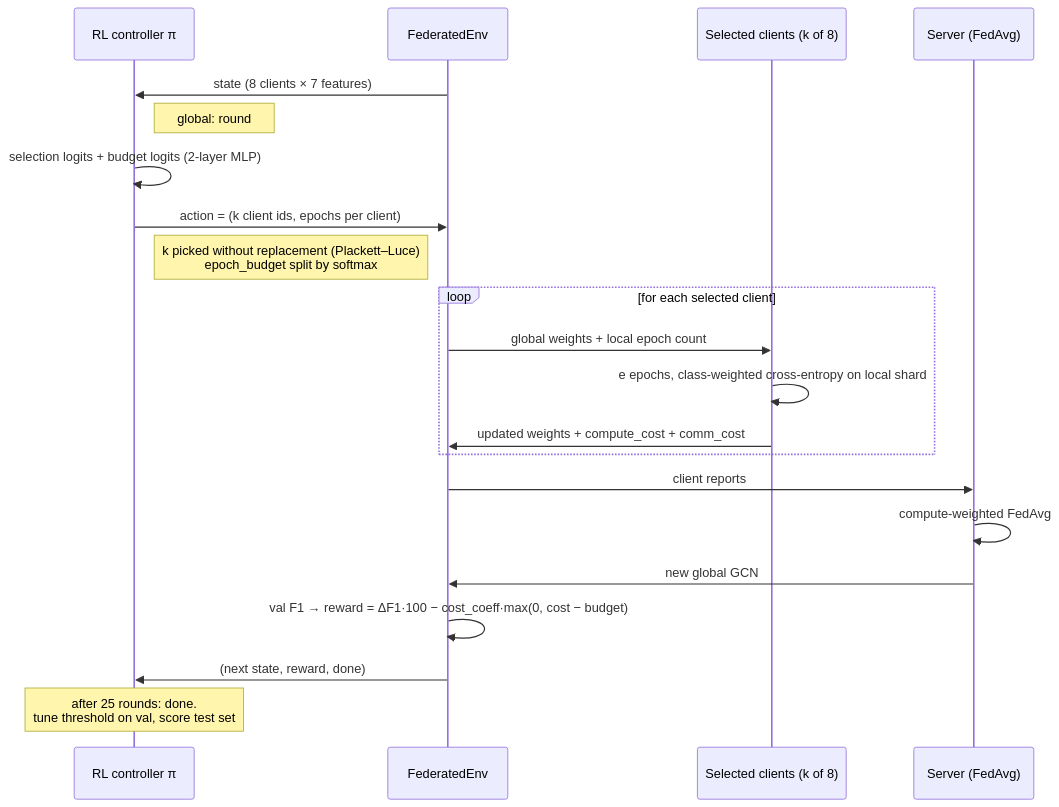
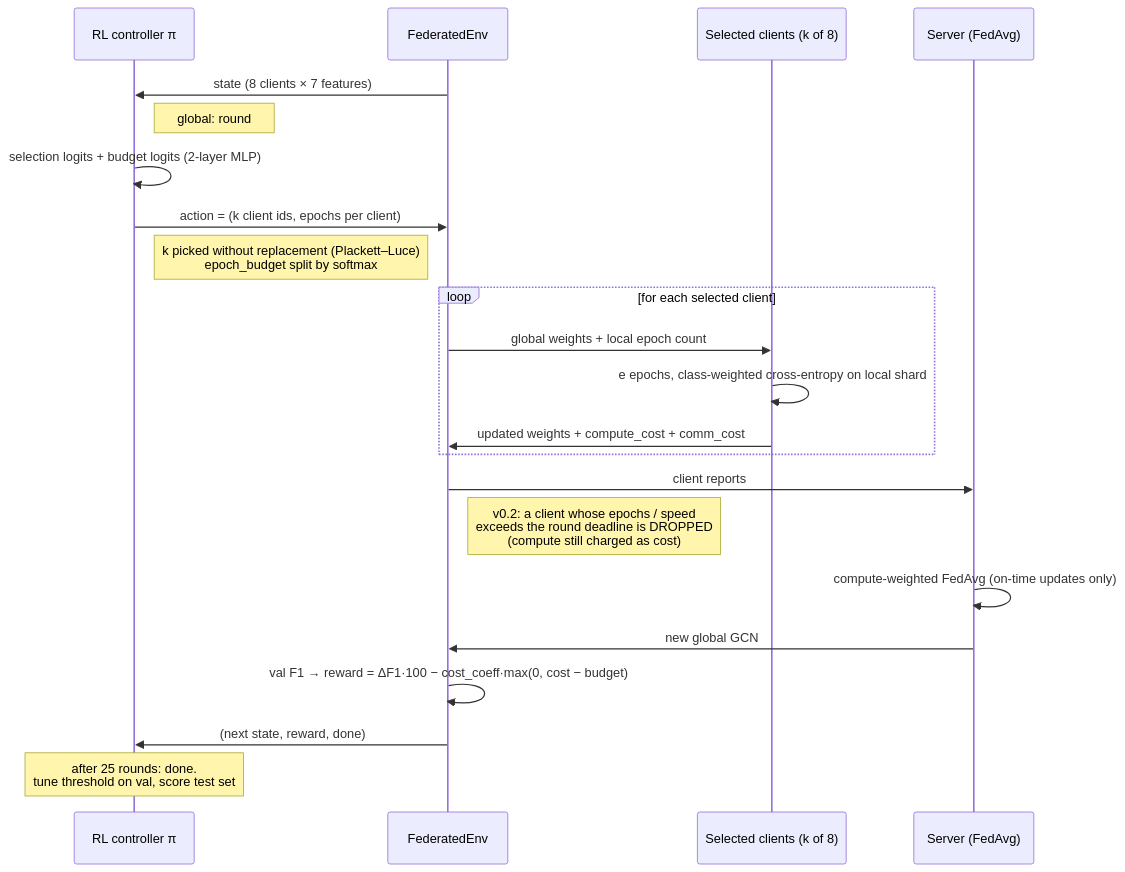
Before and after one commit to GauravKosare/fedgraph-rl: the second of 4 diagrams in docs/WORKFLOW.md, drawn with Mermaid. The commit also changed other lines of this file and 14 other files, not shown here.

````diff
--- a/docs/WORKFLOW.md
+++ b/docs/WORKFLOW.md
@@ -29,26 +29,27 @@
 ```mermaid
 sequenceDiagram
     participant PI as RL controller π
     participant ENV as FederatedEnv
     participant C as Selected clients (k of 8)
     participant SRV as Server (FedAvg)
 
     ENV->>PI: state  (8 clients × 7 features)
     Note right of PI: global: round #, last F1, progress<br/>per client: since-selected, last loss,<br/>shard fraud rate, shard size
     PI->>PI: selection logits + budget logits (2-layer MLP)
     PI->>ENV: action = (k client ids, epochs per client)
     Note right of PI: k picked without replacement (Plackett–Luce)<br/>epoch_budget split by softmax
 
     loop for each selected client
         ENV->>C: global weights + local epoch count
         C->>C: e epochs, class-weighted cross-entropy on local shard
         C->>ENV: updated weights + compute_cost + comm_cost
     end
 
     ENV->>SRV: client reports
-    SRV->>SRV: compute-weighted FedAvg
+    Note right of ENV: v0.2: a client whose epochs / speed<br/>exceeds the round deadline is DROPPED<br/>(compute still charged as cost)
+    SRV->>SRV: compute-weighted FedAvg (on-time updates only)
     SRV->>ENV: new global GCN
     ENV->>ENV: val F1 → reward = ΔF1·100 − cost_coeff·max(0, cost − budget)
     ENV->>PI: (next state, reward, done)
     Note over PI: after 25 rounds: done.<br/>tune threshold on val, score test set
 ```
````
